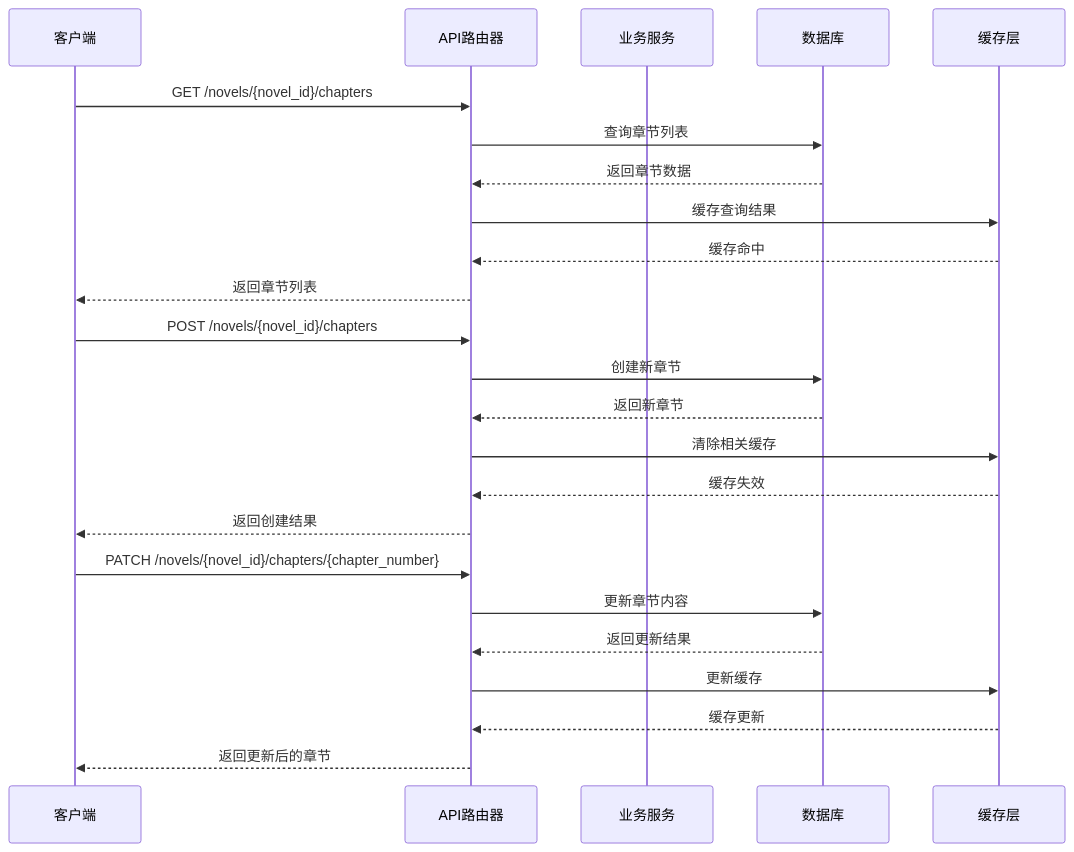
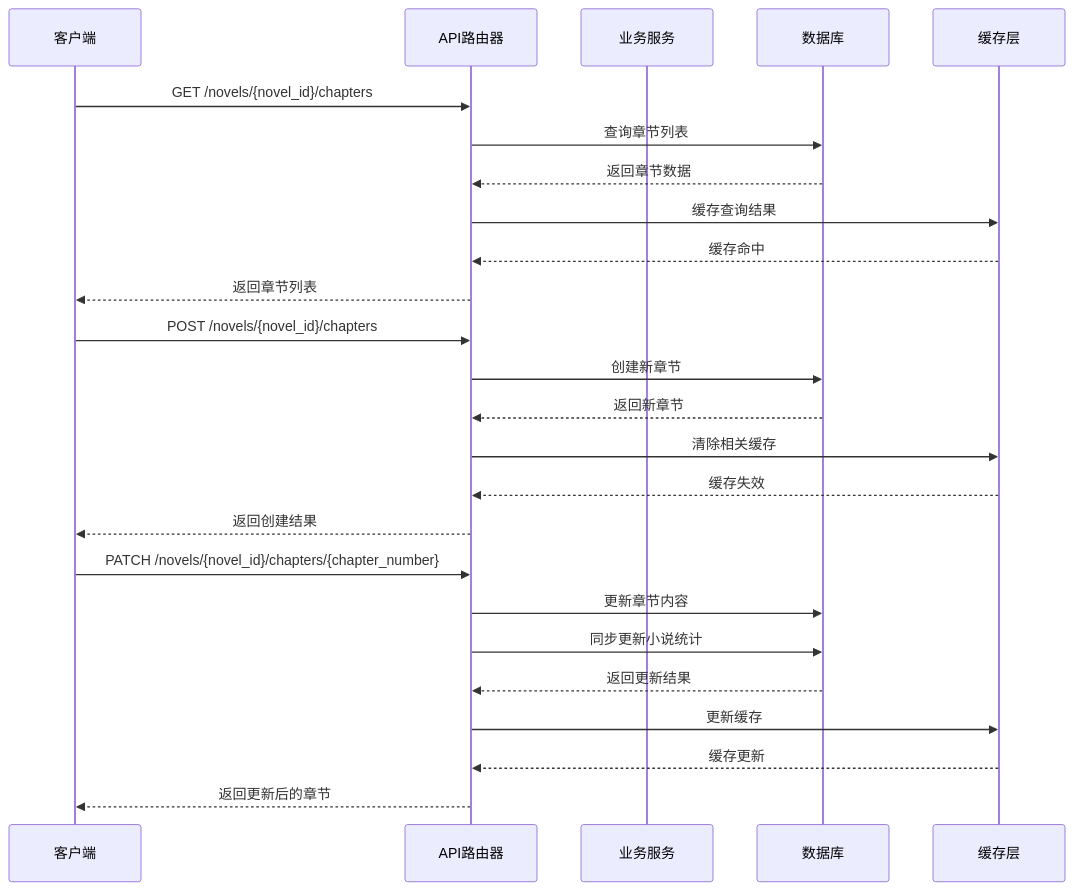
The third of 9 diagrams in .qoder/repowiki/zh/content/API接口文档/章节管理API.md (xfbyxq/ai-novel-system), drawn with Mermaid before and after one commit. The commit also changed other lines of this file and 84 other files, not shown here.

````diff
--- a/.qoder/repowiki/zh/content/API接口文档/章节管理API.md
+++ b/.qoder/repowiki/zh/content/API接口文档/章节管理API.md
@@ -184,26 +250,27 @@
 ```mermaid
 sequenceDiagram
 participant Client as 客户端
 participant API as API路由器
 participant Service as 业务服务
 participant DB as 数据库
 participant Redis as 缓存层
 Client->>API : GET /novels/{novel_id}/chapters
 API->>DB : 查询章节列表
 DB-->>API : 返回章节数据
 API->>Redis : 缓存查询结果
 Redis-->>API : 缓存命中
 API-->>Client : 返回章节列表
 Client->>API : POST /novels/{novel_id}/chapters
 API->>DB : 创建新章节
 DB-->>API : 返回新章节
 API->>Redis : 清除相关缓存
 Redis-->>API : 缓存失效
 API-->>Client : 返回创建结果
 Client->>API : PATCH /novels/{novel_id}/chapters/{chapter_number}
 API->>DB : 更新章节内容
+API->>DB : 同步更新小说统计
 DB-->>API : 返回更新结果
 API->>Redis : 更新缓存
 Redis-->>API : 缓存更新
 API-->>Client : 返回更新后的章节
 ```
````
